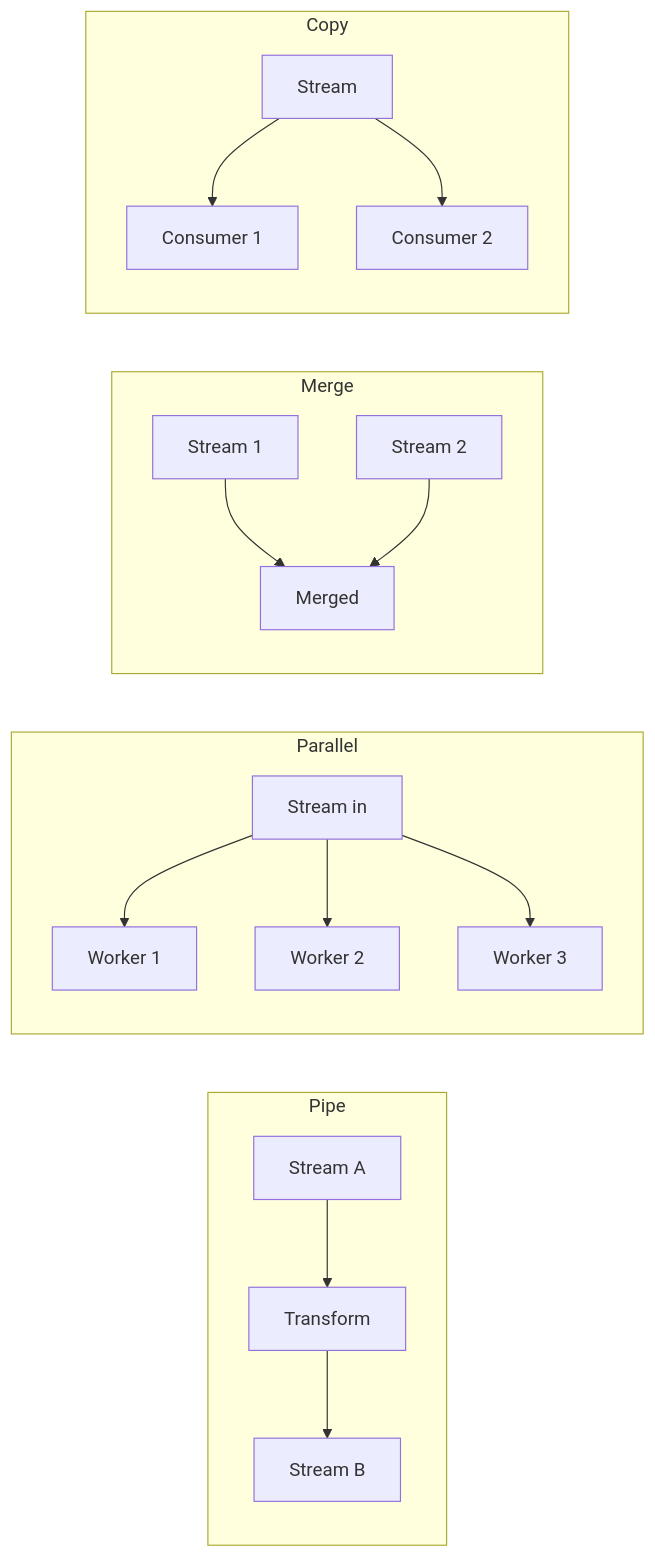
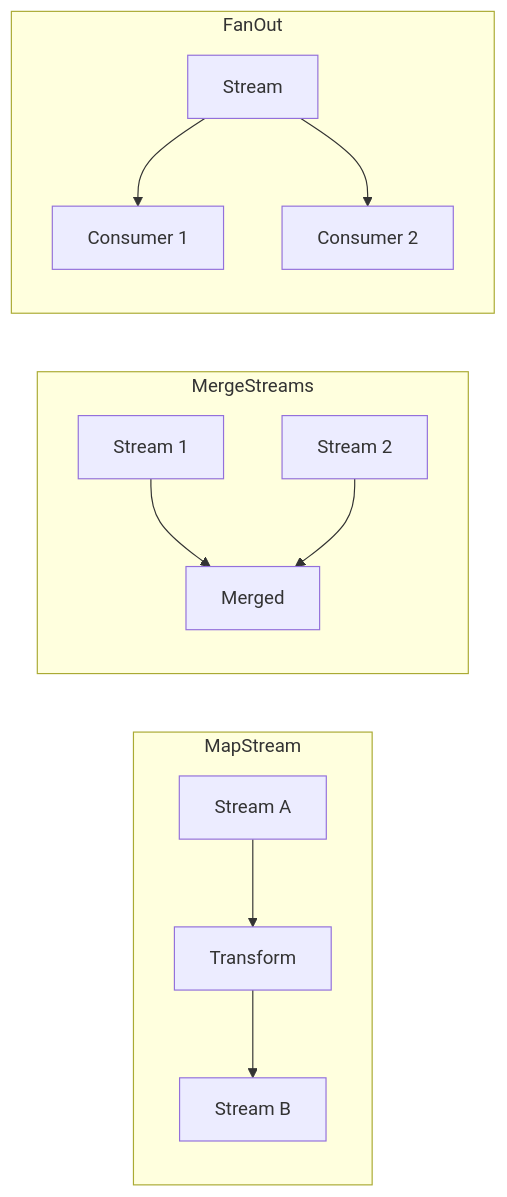
One commit to lookatitude/beluga-ai changed the first of 2 diagrams in docs/architecture/02-core-primitives.md. Above: the diagram before and after it, drawn with Mermaid. The commit also changed other lines of this file and 109 other files, not shown here.

````diff
--- a/docs/architecture/02-core-primitives.md
+++ b/docs/architecture/02-core-primitives.md
@@ -80,19 +72,14 @@
 ```mermaid
 graph LR
-  subgraph Pipe
+  subgraph MapStream
     A[Stream A] --> T[Transform] --> B[Stream B]
   end
-  subgraph Parallel
-    S1[Stream in] --> F1[Worker 1]
-    S1 --> F2[Worker 2]
-    S1 --> F3[Worker 3]
-  end
-  subgraph Merge
+  subgraph MergeStreams
     M1[Stream 1] --> MM[Merged]
     M2[Stream 2] --> MM
   end
-  subgraph Copy
+  subgraph FanOut
     C[Stream] --> C1[Consumer 1]
     C --> C2[Consumer 2]
   end
 ```
````
